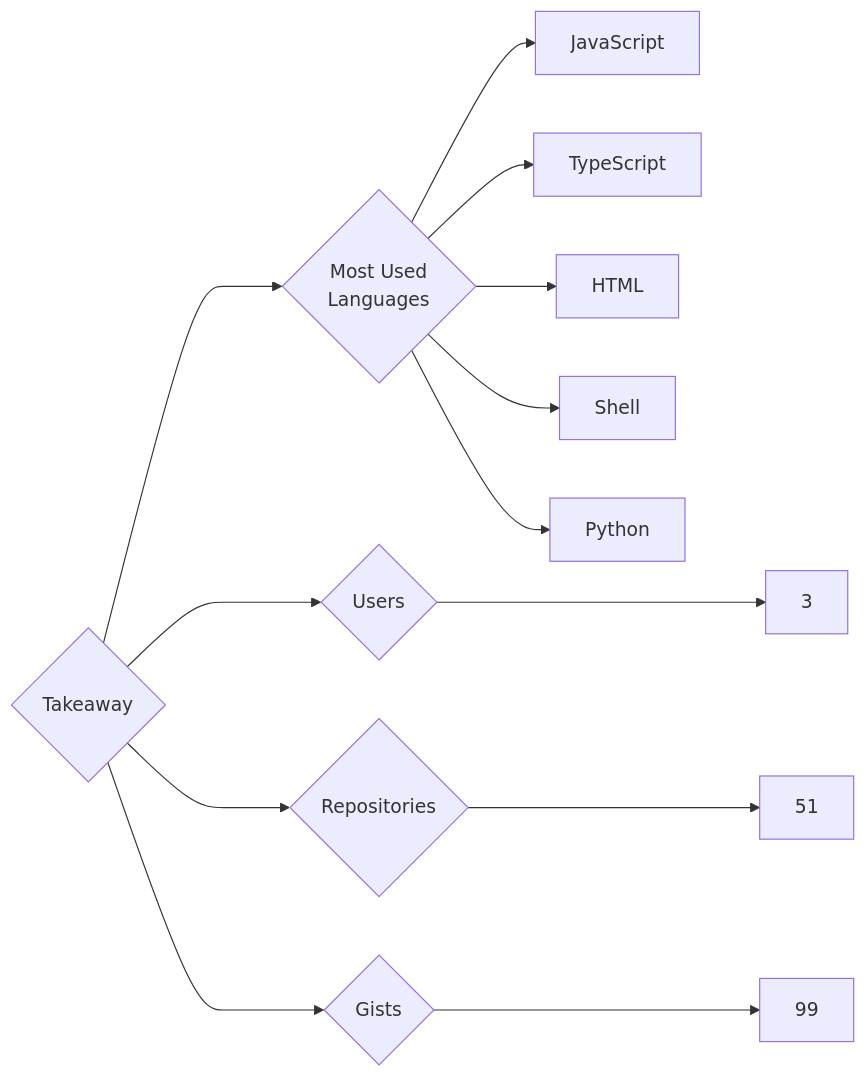
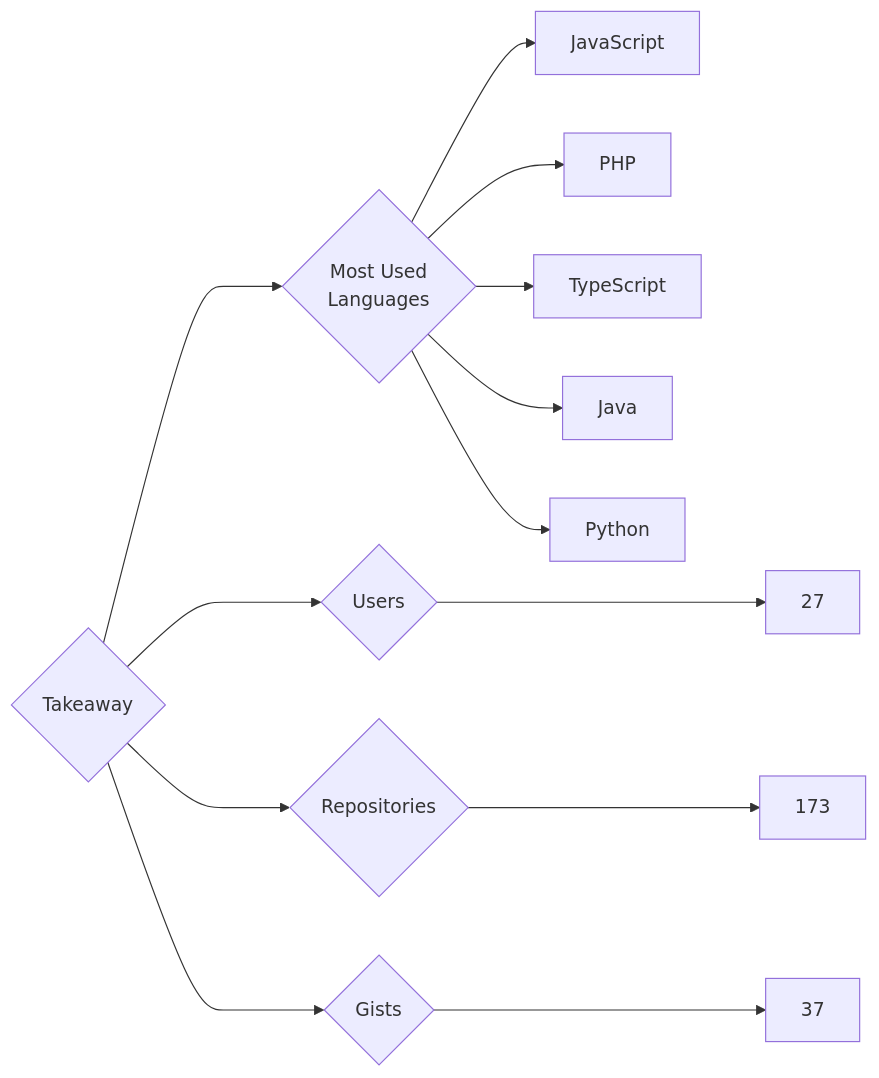
The diagram in targets/Takeaway/README.md (trickest/insiders), drawn with Mermaid before and after one commit. The commit also changed 765 other files, not shown here.

````diff
--- a/targets/Takeaway/README.md
+++ b/targets/Takeaway/README.md
@@ -3,13 +3,13 @@
 ```mermaid
 graph LR
 COMPANY_NAME{Takeaway}
-COMPANY_NAME ---> U{Users} ---> UN[3]
-COMPANY_NAME ---> R{Repositories} ---> RN[51]
-COMPANY_NAME ---> G{Gists} ---> GN[99]
+COMPANY_NAME ---> U{Users} ---> UN[27]
+COMPANY_NAME ---> R{Repositories} ---> RN[173]
+COMPANY_NAME ---> G{Gists} ---> GN[37]
 COMPANY_NAME ---> ML{Most Used<br>Languages}
 ML --> JavaScript[JavaScript]
+ML --> PHP[PHP]
 ML --> TypeScript[TypeScript]
-ML --> HTML[HTML]
-ML --> Shell[Shell]
+ML --> Java[Java]
 ML --> Python[Python]
 ```
````
